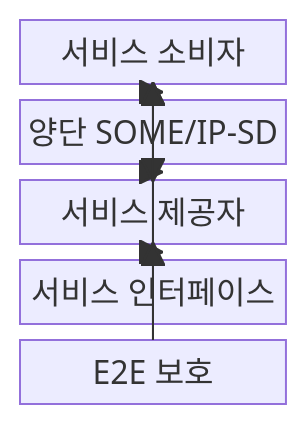
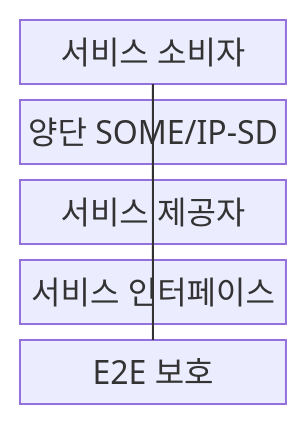
The first of 2 diagrams in src/content/docs/notes/04-network/082_some_ip_automotive_ethernet.md (agnusdei1207/knowledge-base), drawn with Mermaid before and after one commit. The commit also changed other lines of this file and 493 other files, not shown here.

````diff
--- a/src/content/docs/notes/04-network/082_some_ip_automotive_ethernet.md
+++ b/src/content/docs/notes/04-network/082_some_ip_automotive_ethernet.md
@@ -67,16 +67,16 @@
 ```mermaid
 block-beta
     columns 1
     CONSUMER["서비스 소비자"]
     DISCOVERY["양단 SOME/IP-SD"]
     PROVIDER["서비스 제공자"]
     CONTRACT["서비스 인터페이스"]
     E2E["E2E 보호"]
-    CONTRACT --> CONSUMER
-    CONTRACT --> PROVIDER
-    CONSUMER --> DISCOVERY
-    PROVIDER --> DISCOVERY
-    CONSUMER --> PROVIDER
-    E2E --> CONSUMER
-    E2E --> PROVIDER
+    CONTRACT --- CONSUMER
+    CONTRACT --- PROVIDER
+    CONSUMER --- DISCOVERY
+    PROVIDER --- DISCOVERY
+    CONSUMER --- PROVIDER
+    E2E --- CONSUMER
+    E2E --- PROVIDER
 ```
````
